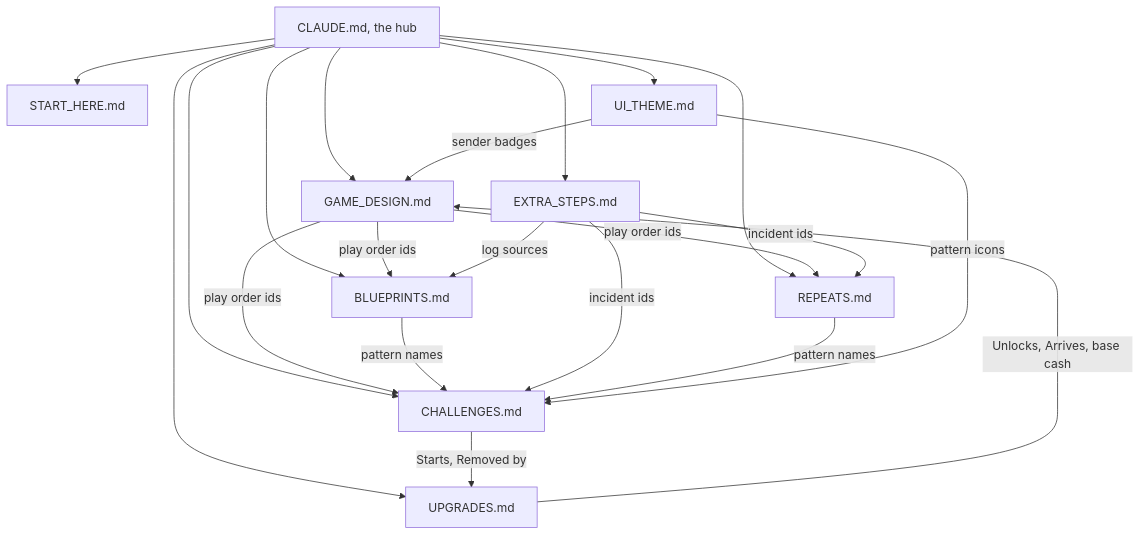
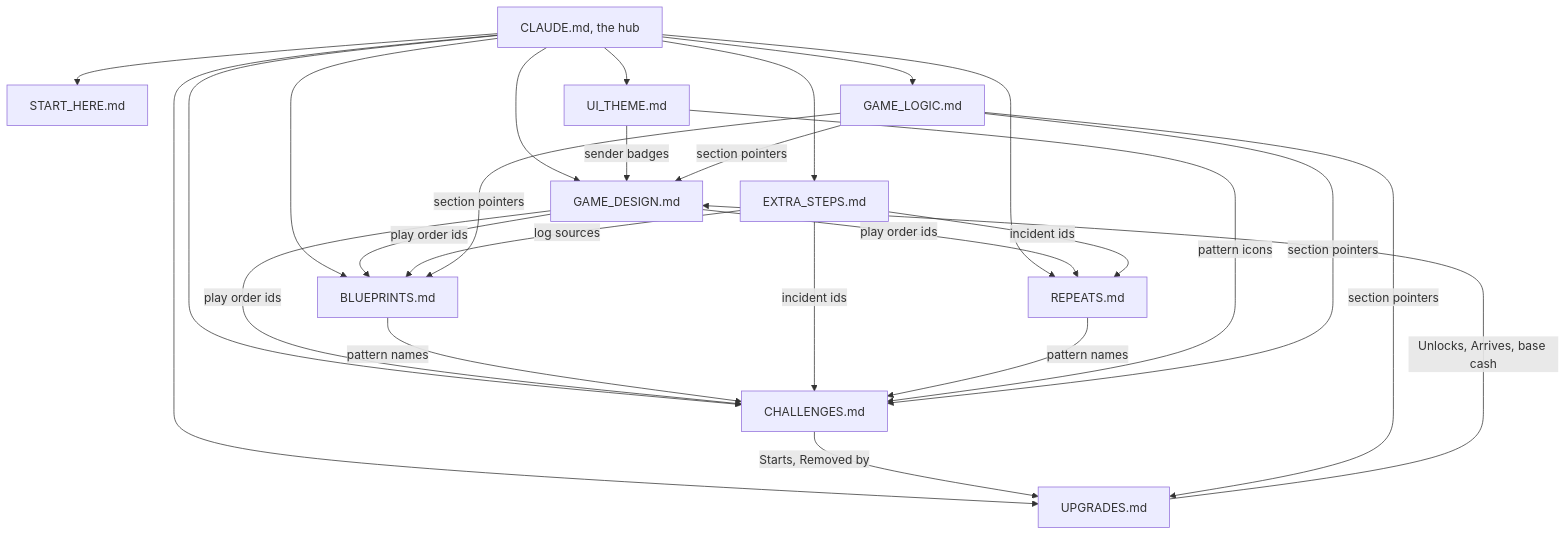
The diagram in CLAUDE.md (Simbax12/SAAS-tycoon-), drawn with Mermaid before and after one commit. The commit also changed other lines of this file and 4 other files, not shown here.

First line of the commit message:
Add GAME_LOGIC.md: the engine plan from start to finish

````diff
--- a/CLAUDE.md
+++ b/CLAUDE.md
@@ -28,32 +29,38 @@
 ```mermaid
 flowchart TD
   HUB["CLAUDE.md, the hub"]
   SH["START_HERE.md"]
   GD["GAME_DESIGN.md"]
   CH["CHALLENGES.md"]
   RP["REPEATS.md"]
   BP["BLUEPRINTS.md"]
   ES["EXTRA_STEPS.md"]
   UP["UPGRADES.md"]
   UI["UI_THEME.md"]
+  GL["GAME_LOGIC.md"]
   HUB --> SH
   HUB --> GD
   HUB --> CH
   HUB --> RP
   HUB --> BP
   HUB --> ES
   HUB --> UP
   HUB --> UI
+  HUB --> GL
   GD -->|play order ids| CH
   GD -->|play order ids| RP
   GD -->|play order ids| BP
   BP -->|pattern names| CH
   ES -->|incident ids| CH
   ES -->|incident ids| RP
   ES -->|log sources| BP
   CH -->|Starts, Removed by| UP
   UP -->|Unlocks, Arrives, base cash| GD
   RP -->|pattern names| CH
   UI -->|pattern icons| CH
   UI -->|sender badges| GD
+  GL -->|section pointers| GD
+  GL -->|section pointers| UP
+  GL -->|section pointers| CH
+  GL -->|section pointers| BP
 ```
````
